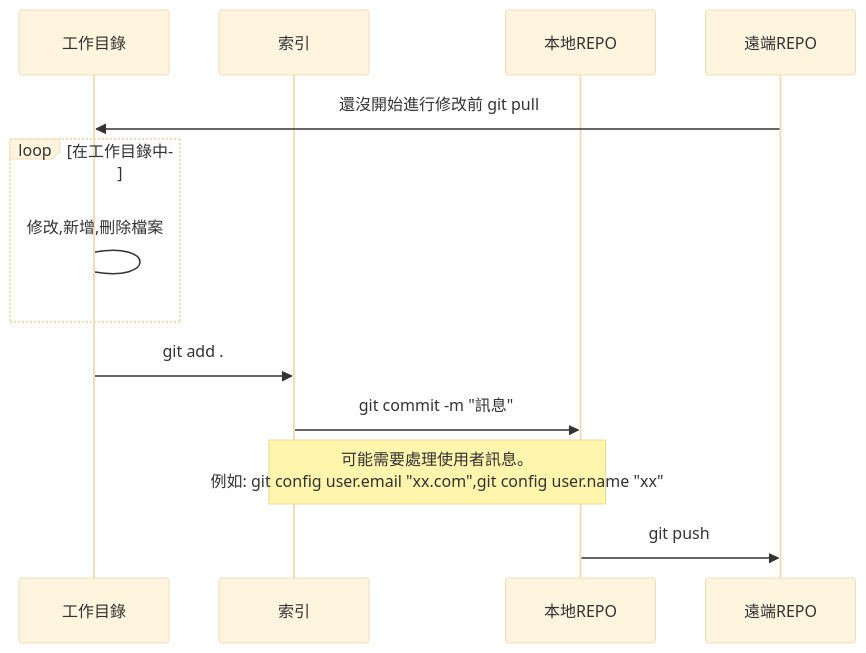
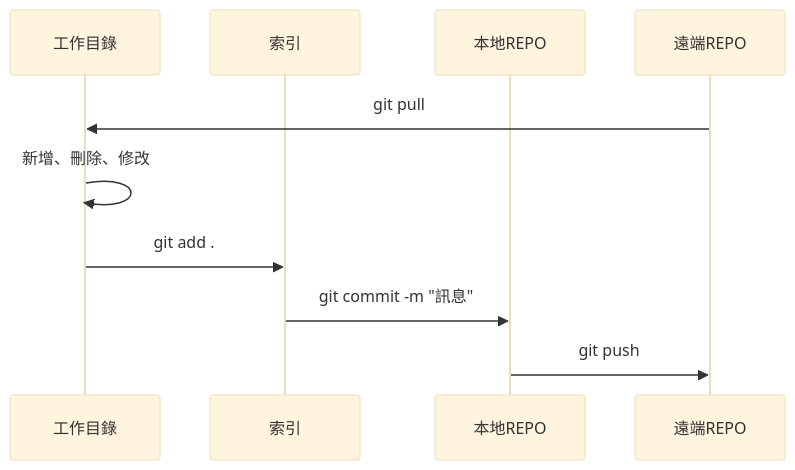
The fourth of 4 diagrams in test.md (airbone4/home2026), drawn with Mermaid (base theme) before and after one commit. The commit also changed other lines of this file and 1 other file, not shown here.

````diff
--- a/test.md
+++ b/test.md
@@ -28,16 +31,15 @@
 ```mermaid
 sequenceDiagram
     participant 工作目錄
     participant 索引
     participant 本地REPO
     participant 遠端REPO
-    遠端REPO->>工作目錄: 還沒開始進行修改前 git pull
-    loop 在工作目錄中
-     工作目錄->工作目錄: 修改,新增,刪除檔案
-    end
-    工作目錄->>索引:git add .
-    索引->>本地REPO:git commit -m "訊息"
-    note over 索引,本地REPO: 可能需要處理使用者訊息。<br/>例如: git config user.email "xx.com",git config user.name "xx"
+    遠端REPO->>工作目錄: git pull
+    %%loop 開發
+    工作目錄->>工作目錄: 新增、刪除、修改
+    %%end
+    工作目錄->>索引: git add .
+    索引->>本地REPO: git commit -m "訊息"
     本地REPO->>遠端REPO: git push
- 
+
 ```
````
